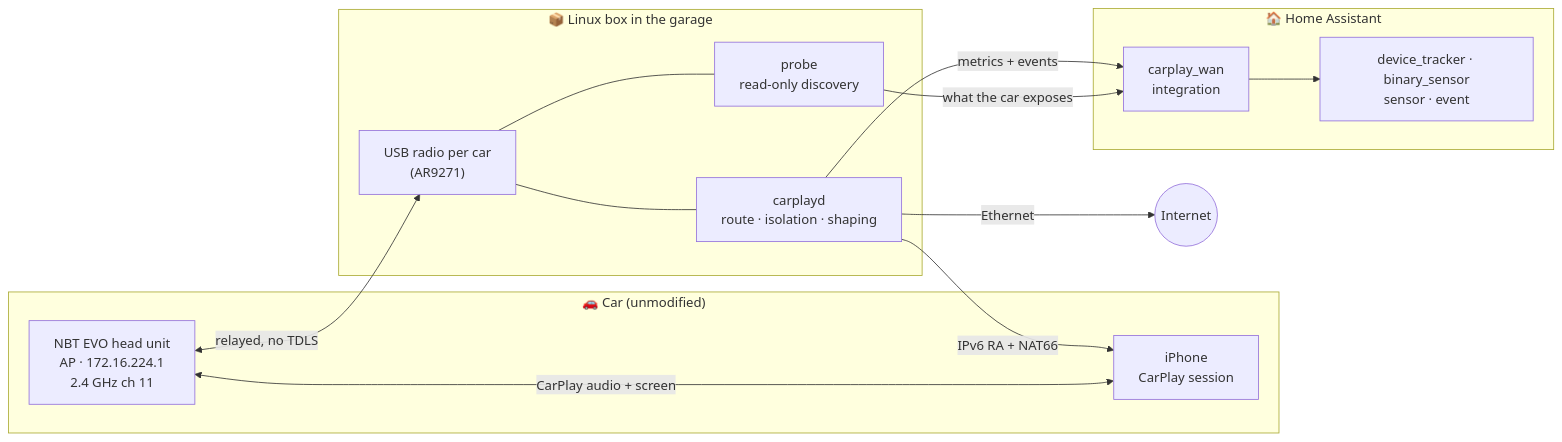
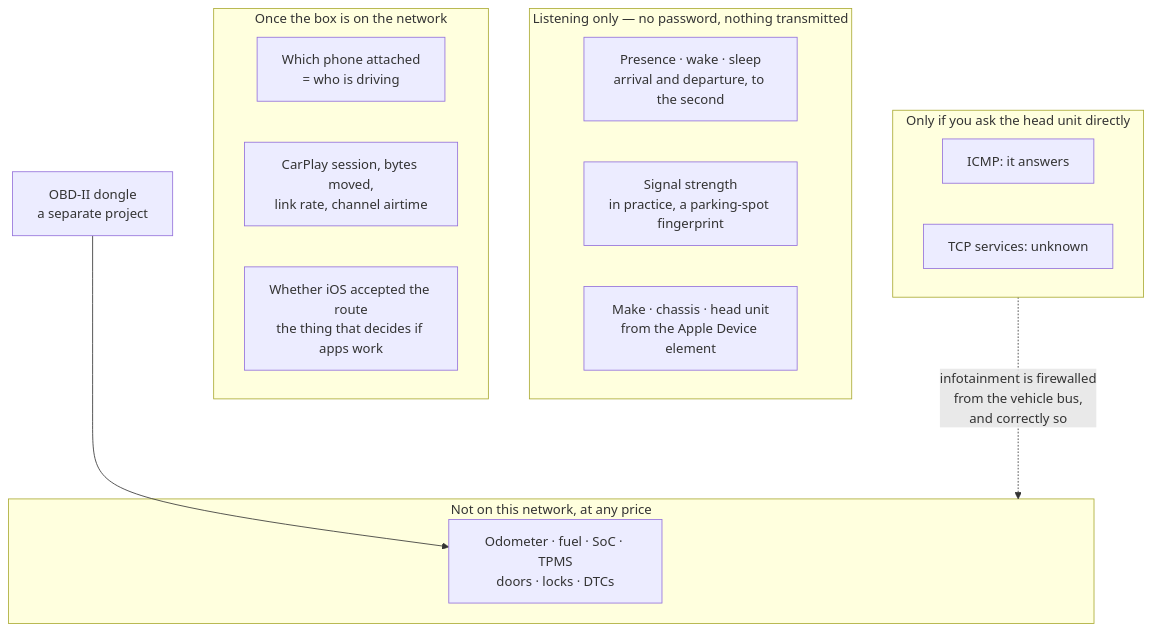
The first of 2 diagrams in README.md (ParkWardRR/ha-carplay-wan), drawn with Mermaid before and after one commit. The commit also changed other lines of this file and 26 other files, not shown here.

First line of the commit message:
drop the Home Assistant integration; the box tooling is the project

````diff
--- a/README.md
+++ b/README.md
@@ -33,28 +47,26 @@
 ```mermaid
-flowchart LR
-  subgraph CAR["🚗 Car (unmodified)"]
-    HU["NBT EVO head unit<br/>AP · 172.16.224.1<br/>2.4 GHz ch 11"]
-    PH["iPhone<br/>CarPlay session"]
+flowchart TB
+  subgraph PASSIVE["Listening only — no password, nothing transmitted"]
+    A1["Presence · wake · sleep<br/>arrival and departure, to the second"]
+    A2["Signal strength<br/>in practice, a parking-spot fingerprint"]
+    A3["Make · chassis · head unit<br/>from the Apple Device element"]
   end
 
-  subgraph BOX["📦 Linux box in the garage"]
-    STA["USB radio per car<br/>(AR9271)"]
-    CD["carplayd<br/>route · isolation · shaping"]
-    PR["probe<br/>read-only discovery"]
+  subgraph JOINED["Once the box is on the network"]
+    B1["Which phone attached<br/>= who is driving"]
+    B2["CarPlay session, bytes moved,<br/>link rate, channel airtime"]
+    B3["Whether iOS accepted the route<br/>the thing that decides if apps work"]
   end
 
-  subgraph HA["🏠 Home Assistant"]
-    IN["carplay_wan<br/>integration"]
-    EN["device_tracker · binary_sensor<br/>sensor · event"]
+  subgraph ASKED["Only if you ask the head unit directly"]
+    C1["ICMP: it answers"]
+    C2["TCP services: unknown"]
   end
 
-  PH <-->|"CarPlay audio + screen"| HU
-  HU <-->|"relayed, no TDLS"| STA
-  STA --- CD
-  STA --- PR
-  CD -->|"IPv6 RA + NAT66"| PH
-  CD -->|"Ethernet"| NET((Internet))
-  CD -->|"metrics + events"| IN
-  PR -->|"what the car exposes"| IN
-  IN --> EN
+  subgraph NEVER["Not on this network, at any price"]
+    D1["Odometer · fuel · SoC · TPMS<br/>doors · locks · DTCs"]
+  end
+
+  ASKED -. "infotainment is firewalled<br/>from the vehicle bus,<br/>and correctly so" .-> NEVER
+  OBD["OBD-II dongle<br/>a separate project"] --> D1
 ```
````
